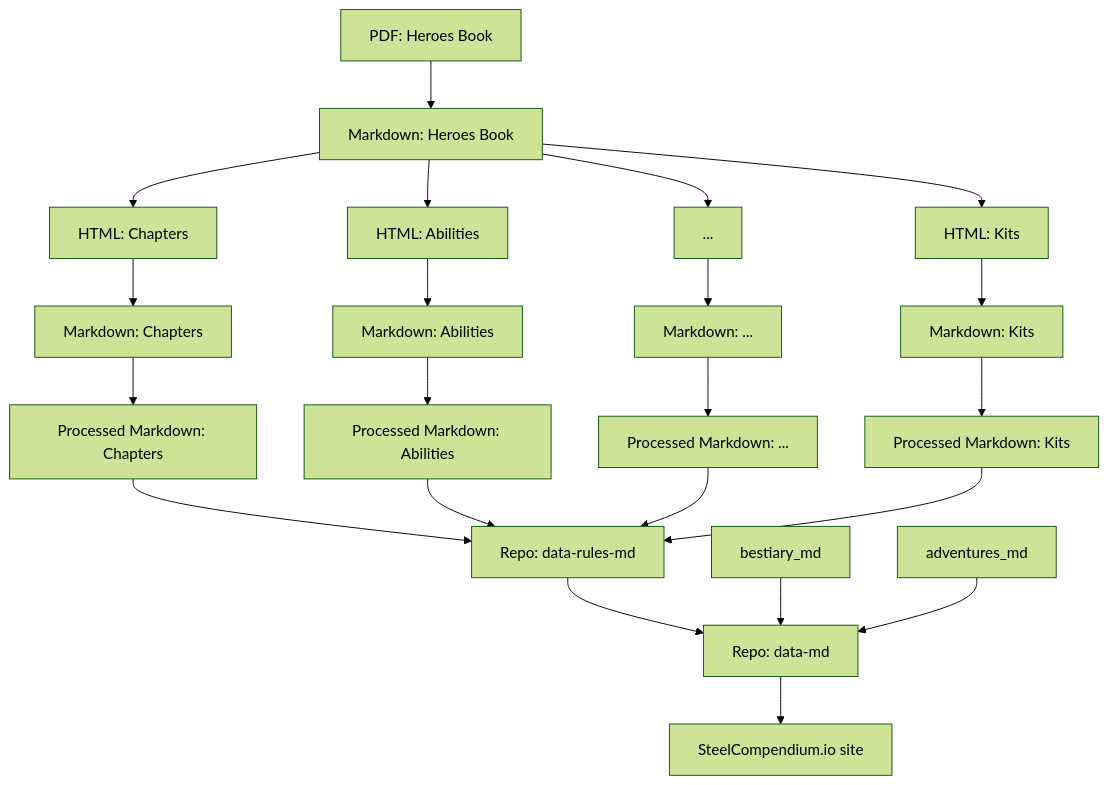
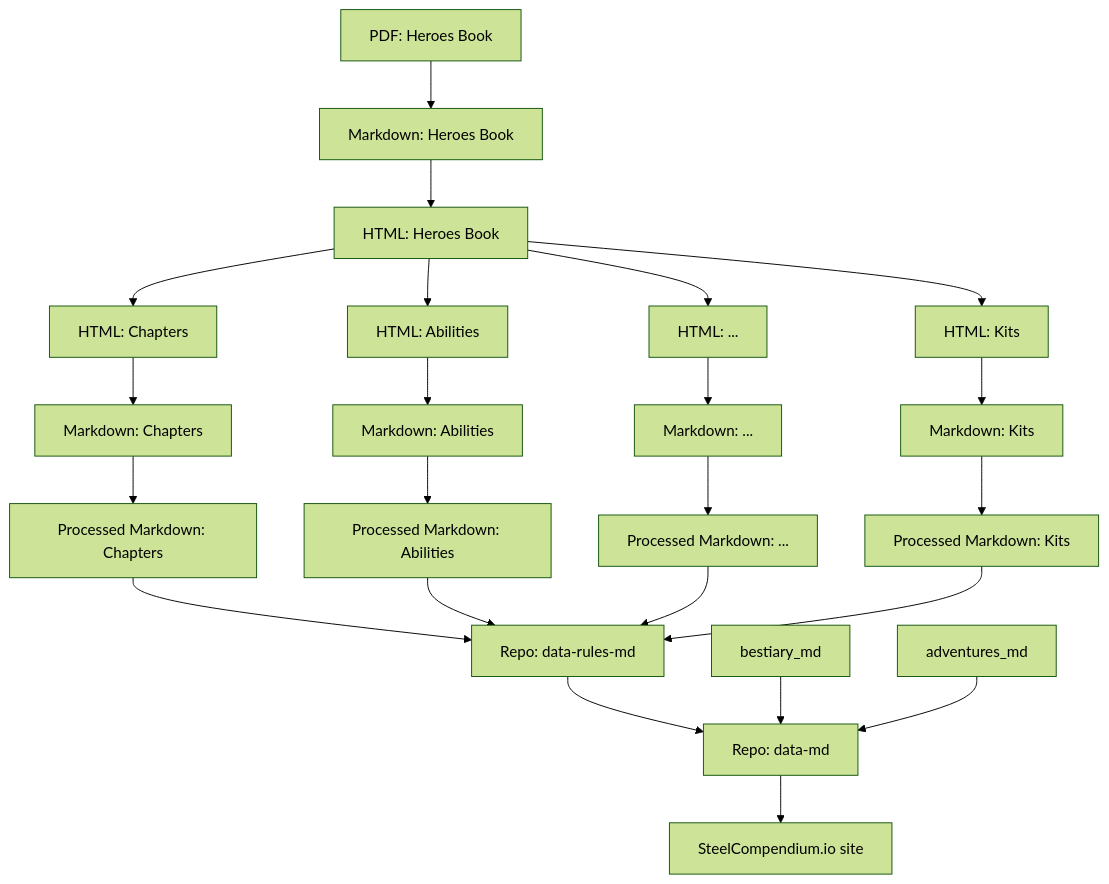
One commit to SteelCompendium/data-gen changed the diagram in README.md. Above: the diagram before and after it, drawn with Mermaid (forest theme).

Commit message:
Updating diagram

````diff
--- a/README.md
+++ b/README.md
@@ -10,30 +10,32 @@
 ```mermaid
 flowchart TB
     pdf["PDF: Heroes Book"] --> markdown["Markdown: Heroes Book"]
     
-    markdown --> html_chapters["HTML: Chapters"]
-    markdown --> html_abilities["HTML: Abilities"]
-    markdown --> html_dots["..."]
-    markdown --> html_kits["HTML: Kits"]
+    markdown --> html["HTML: Heroes Book"]
+    
+    html --> html_chapters["HTML: Chapters"]
+    html --> html_abilities["HTML: Abilities"]
+    html --> html_dots["HTML: ..."]
+    html --> html_kits["HTML: Kits"]
     
     html_chapters --> md_chapters["Markdown: Chapters"]
     html_abilities --> md_abilities["Markdown: Abilities"]
     html_dots --> md_dots["Markdown: ..."]
     html_kits --> md_kits["Markdown: Kits"]
     
     md_chapters --> md_chapters_formatted["Processed Markdown: Chapters"]
     md_abilities --> md_abilities_formatted["Processed Markdown: Abilities"]
     md_dots --> md_dots_formatted["Processed Markdown: ..."]
     md_kits --> md_kits_formatted["Processed Markdown: Kits"]
     
     md_chapters_formatted --> rules_md["Repo: data-rules-md"]
     md_abilities_formatted --> rules_md["Repo: data-rules-md"]
     md_dots_formatted --> rules_md["Repo: data-rules-md"]
     md_kits_formatted --> rules_md["Repo: data-rules-md"]
     
     rules_md --> data_md["Repo: data-md"]
     bestiary_md --> data_md["Repo: data-md"]
     adventures_md --> data_md["Repo: data-md"]
 
     data_md --> sc_site["SteelCompendium.io site"]
 ```
````
